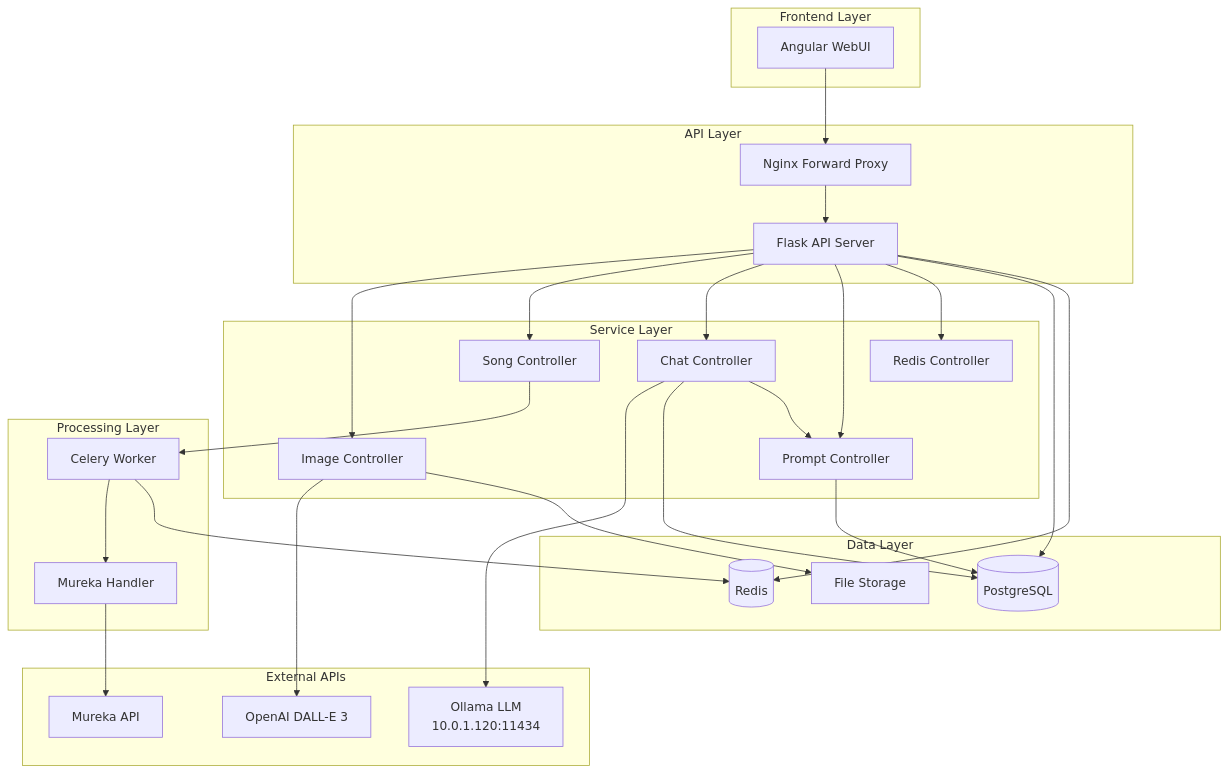
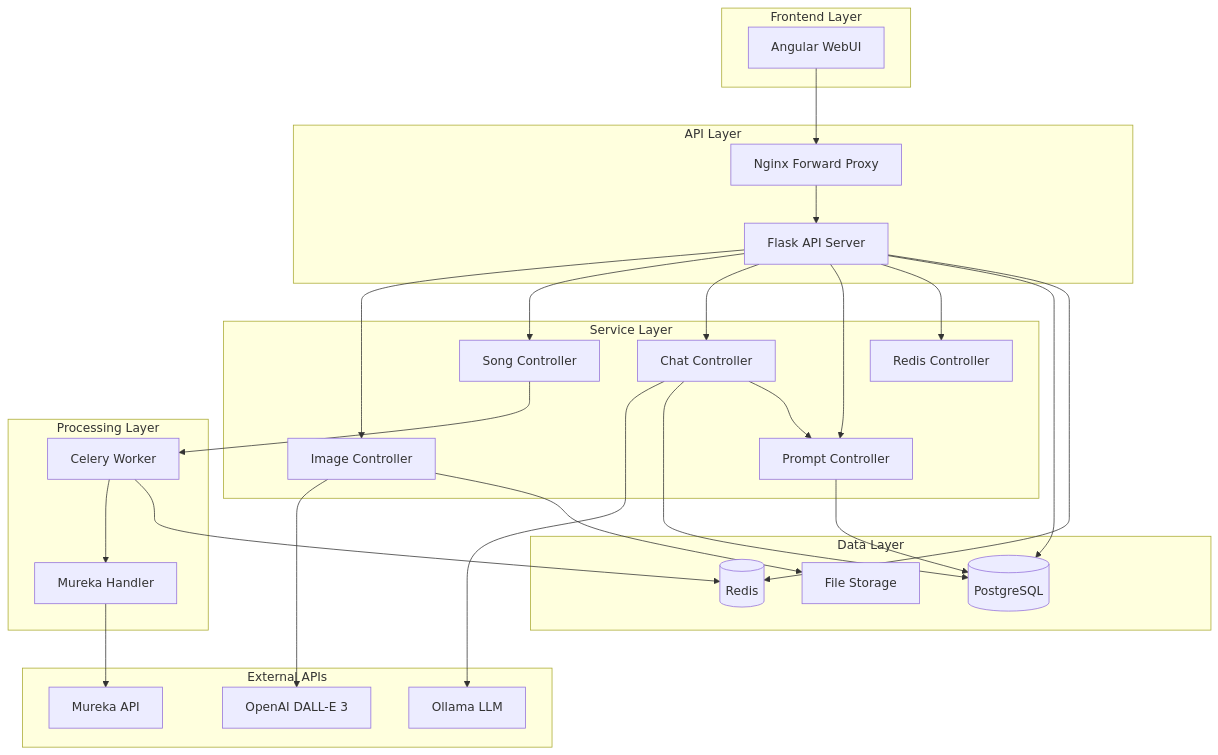
One commit to rwellinger/thwelly_ai_tools changed the diagram in docs/5.1_systemuebersicht.mmd. Above: the diagram before and after it, drawn with Mermaid. The commit also changed 13 other files, not shown here.

```diff
--- a/docs/5.1_systemuebersicht.mmd
+++ b/docs/5.1_systemuebersicht.mmd
@@ -1,56 +1,56 @@
 graph TB
     subgraph "Frontend Layer"
         UI[Angular WebUI]
     end
 
     subgraph "API Layer"
         Proxy[Nginx Forward Proxy]
         API[Flask API Server]
     end
 
     subgraph "Service Layer"
         IMG[Image Controller]
         SONG[Song Controller]
         CHAT[Chat Controller]
         PROMPT[Prompt Controller]
         REDIS[Redis Controller]
     end
 
     subgraph "Processing Layer"
         CELERY[Celery Worker]
         MUREKA[Mureka Handler]
     end
 
     subgraph "Data Layer"
         PG[(PostgreSQL)]
         RD[(Redis)]
         FILES[File Storage]
     end
 
     subgraph "External APIs"
         OPENAI[OpenAI DALL-E 3]
         MRK[Mureka API]
-        OLLAMA[Ollama LLM<br/>10.0.1.120:11434]
+        OLLAMA[Ollama LLM]
     end
 
     UI --> Proxy
     Proxy --> API
     API --> IMG
     API --> SONG
     API --> CHAT
     API --> PROMPT
     API --> REDIS
 
     IMG --> OPENAI
     SONG --> CELERY
     CELERY --> MUREKA
     MUREKA --> MRK
     CHAT --> OLLAMA
 
     API --> PG
     API --> RD
     PROMPT --> PG
     CHAT --> PG
     CHAT --> PROMPT
     CELERY --> RD
     IMG --> FILES
```
